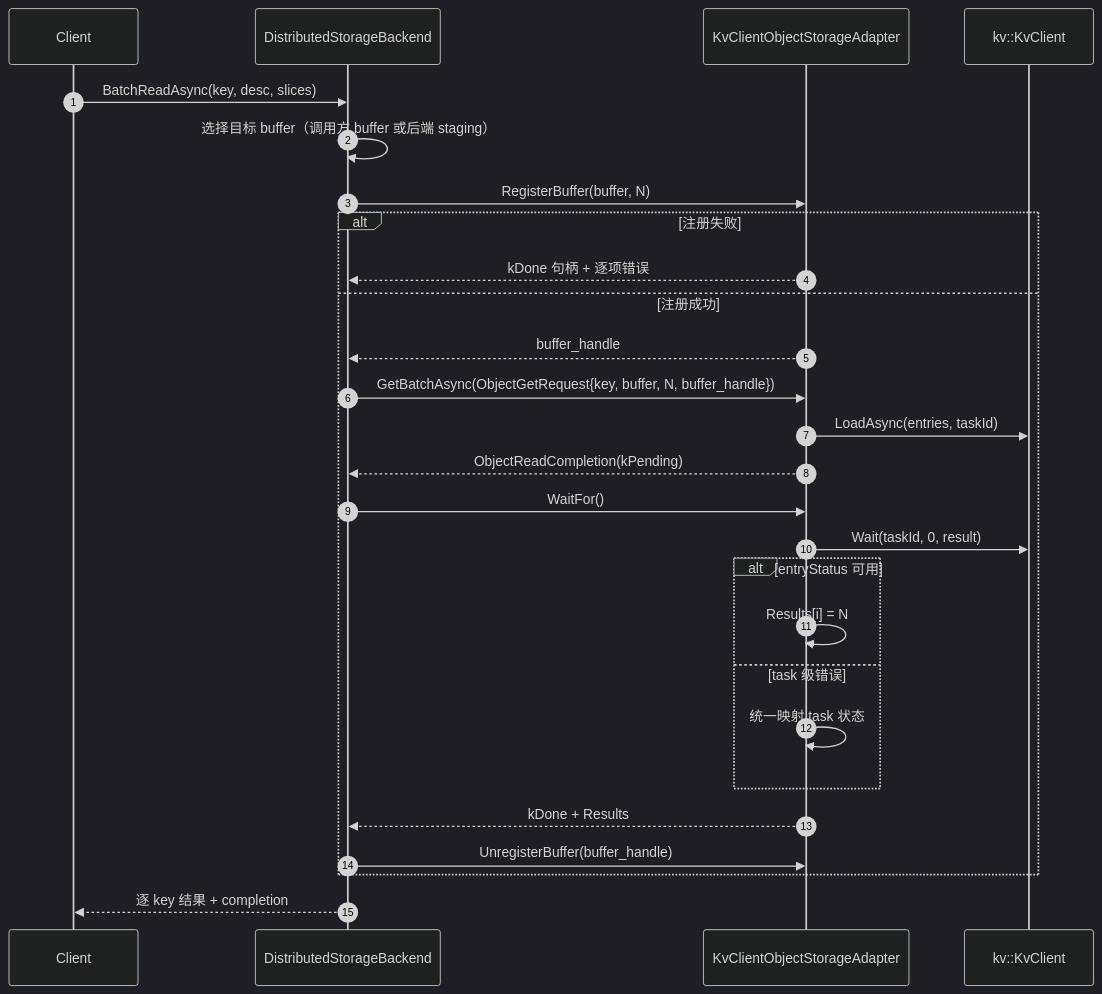
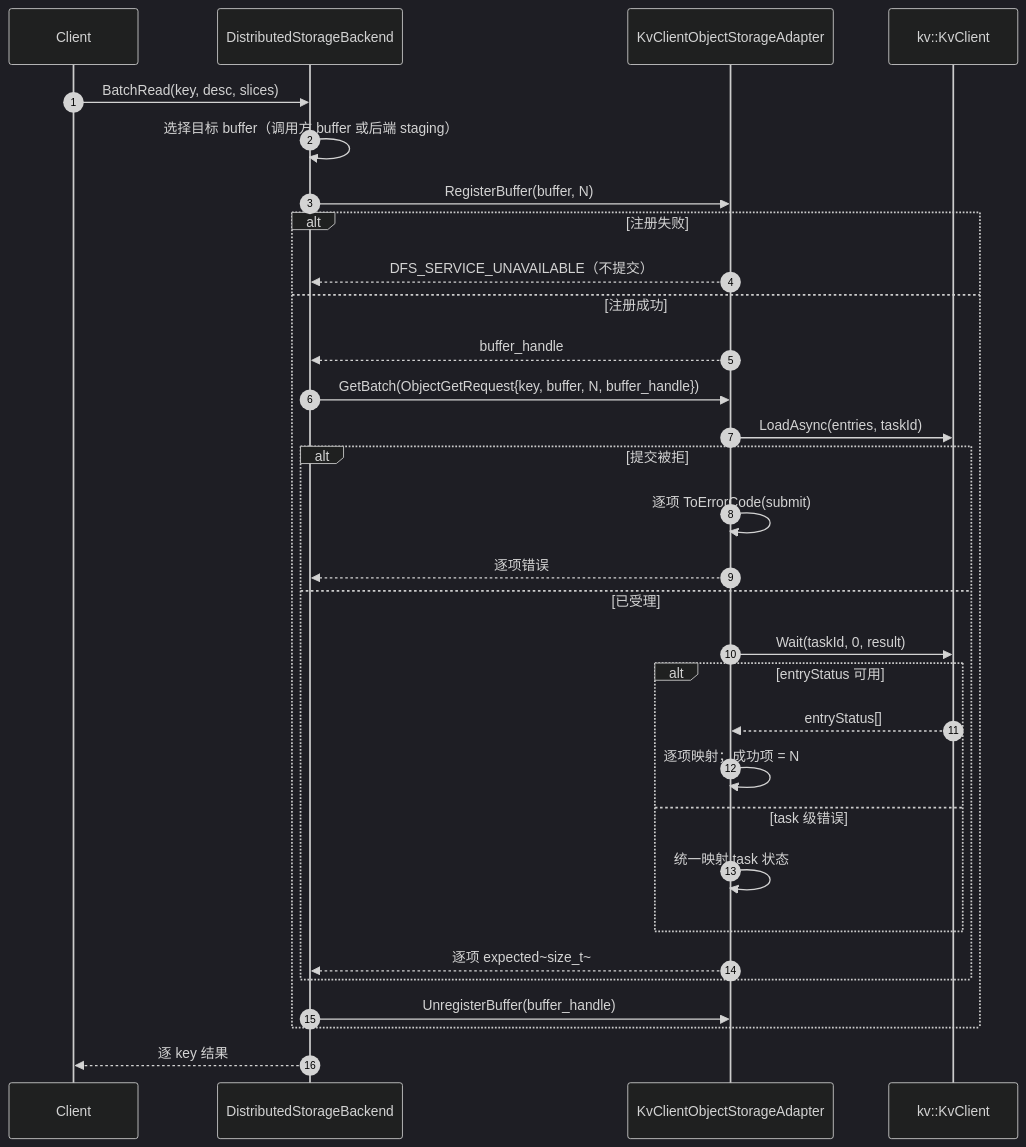
One commit to zwj20000328-dotcom/Mooncake-documents changed the seventh of 11 diagrams in Mooncake + KVClient L3 接入（Kvcs）- PR 实施设计.md. Above: the diagram before and after it, drawn with Mermaid (dark theme). The commit also changed other lines of this file and 2 other files, not shown here.

First line of the commit message:
docs: drop the kvclient read completion class

````diff
--- a/Mooncake + KVClient L3 接入（Kvcs）- PR 实施设计.md
+++ b/Mooncake + KVClient L3 接入（Kvcs）- PR 实施设计.md
@@ -768,30 +741,34 @@
 ```mermaid
 sequenceDiagram
     autonumber
     participant C as Client
     participant BE as DistributedStorageBackend
     participant AD as KvClientObjectStorageAdapter
     participant SDK as kv::KvClient
 
-    C->>BE: BatchReadAsync(key, desc, slices)
+    C->>BE: BatchRead(key, desc, slices)
     BE->>BE: 选择目标 buffer（调用方 buffer 或后端 staging）
     BE->>AD: RegisterBuffer(buffer, N)
     alt 注册失败
-        AD-->>BE: kDone 句柄 + 逐项错误
+        AD-->>BE: DFS_SERVICE_UNAVAILABLE（不提交）
     else 注册成功
         AD-->>BE: buffer_handle
-        BE->>AD: GetBatchAsync(ObjectGetRequest{key, buffer, N, buffer_handle})
+        BE->>AD: GetBatch(ObjectGetRequest{key, buffer, N, buffer_handle})
         AD->>SDK: LoadAsync(entries, taskId)
-        AD-->>BE: ObjectReadCompletion(kPending)
-        BE->>AD: WaitFor()
-        AD->>SDK: Wait(taskId, 0, result)
-        alt entryStatus 可用
-            AD->>AD: Results[i] = N
-        else task 级错误
-            AD->>AD: 统一映射 task 状态
+        alt 提交被拒
+            AD->>AD: 逐项 ToErrorCode(submit)
+            AD-->>BE: 逐项错误
+        else 已受理
+            AD->>SDK: Wait(taskId, 0, result)
+            alt entryStatus 可用
+                SDK-->>AD: entryStatus[]
+                AD->>AD: 逐项映射；成功项 = N
+            else task 级错误
+                AD->>AD: 统一映射 task 状态
+            end
+            AD-->>BE: 逐项 expected~size_t~
         end
-        AD-->>BE: kDone + Results
         BE->>AD: UnregisterBuffer(buffer_handle)
     end
-    BE-->>C: 逐 key 结果 + completion
+    BE-->>C: 逐 key 结果
 ```
````
